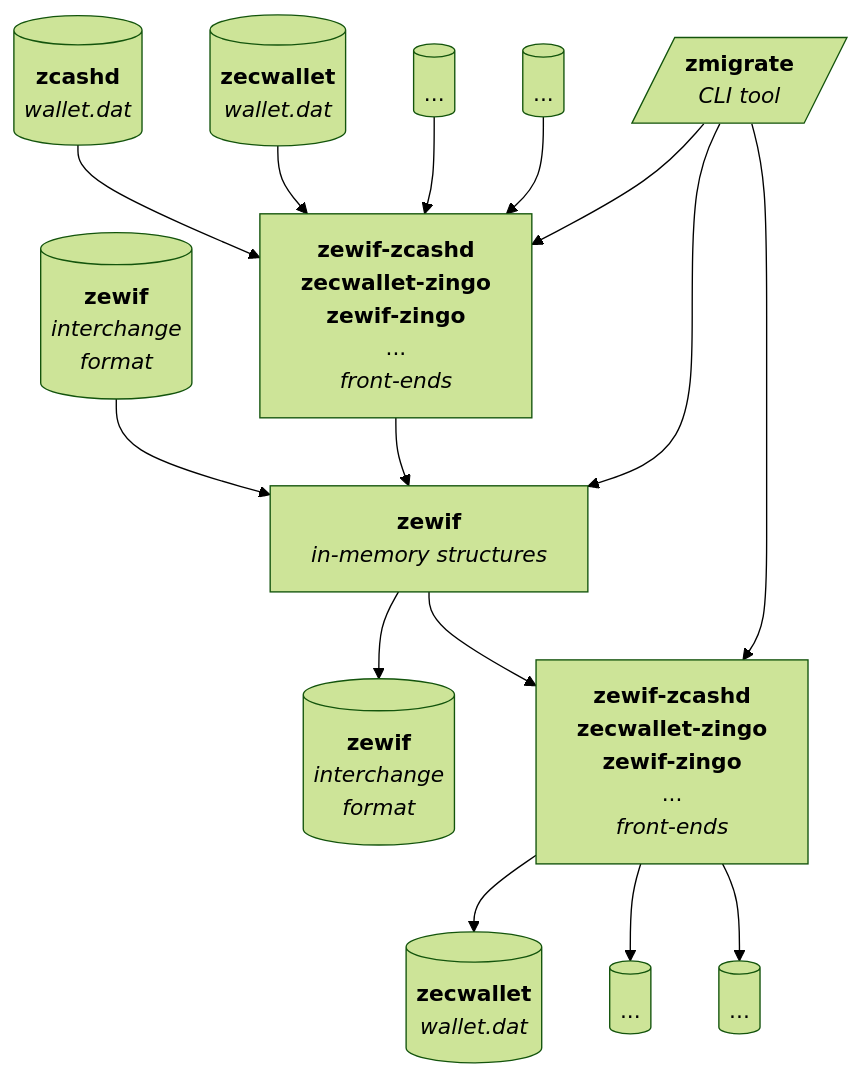
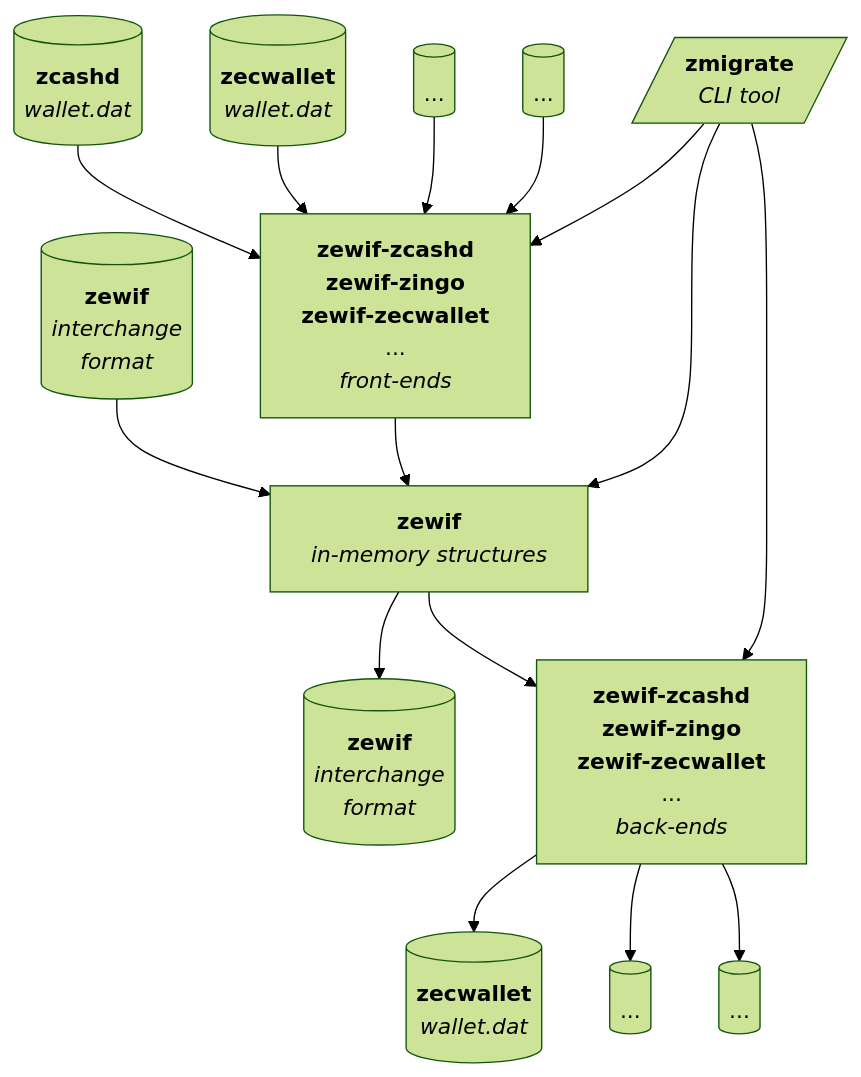
The diagram in README.md (zingolabs/zmigrate), drawn with Mermaid (forest theme) before and after one commit.

````diff
--- a/README.md
+++ b/README.md
@@ -78,33 +78,33 @@
 ```mermaid
 graph TD
     A[(<b>zcashd</b><br><i>wallet.dat</i>)]
-    B[<b>zewif-zcashd</b><br><b>zecwallet-zingo</b><br><b>zewif-zingo</b><br>...<br><i>front-ends</i>]
+    B[<b>zewif-zcashd</b><br><b>zewif-zingo</b><br><b>zewif-zecwallet</b><br>...<br><i>front-ends</i>]
     C[(...)]
     D[(<b>zecwallet</b><br><i>wallet.dat</i>)]
     E[(...)]
     G[<b>zewif</b><br><i>in-memory structures</i>]
     H[(<b>zewif</b><br><i>interchange<br>format</i>)]
     I[(<b>zewif</b><br><i>interchange<br>format</i>)]
     J[(<b>zecwallet</b><br><i>wallet.dat</i>)]
     K[(...)]
     L[(...)]
-    M[<b>zewif-zcashd</b><br><b>zecwallet-zingo</b><br><b>zewif-zingo</b><br>...<br><i>front-ends</i>]
+    M[<b>zewif-zcashd</b><br><b>zewif-zingo</b><br><b>zewif-zecwallet</b><br>...<br><i>back-ends</i>]
     N[/<b>zmigrate</b><br><i>CLI tool</i>/]
 
     A --> B
     D --> B
     C --> B
     E --> B
 
     H --> G
     B --> G
     G --> I
     G --> M
     M --> J
     M --> K
     M --> L
 
     N --> G
     N --> B
     N --> M
 ```
````
